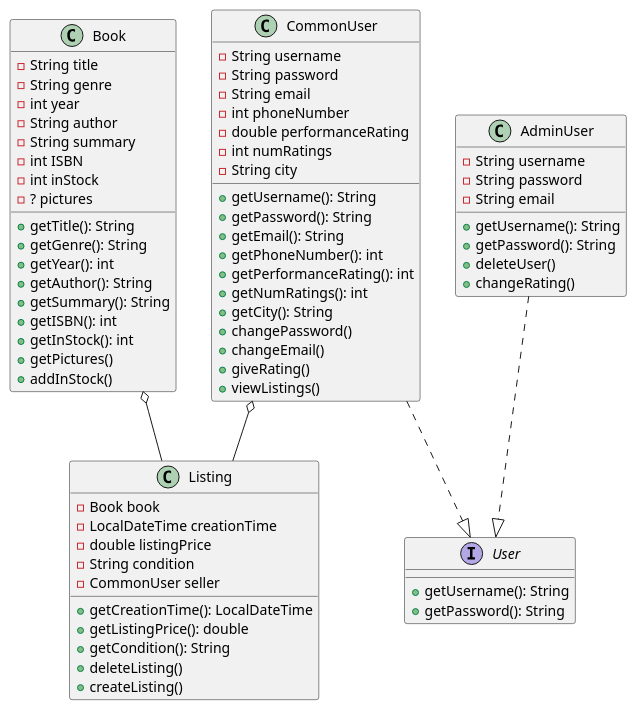
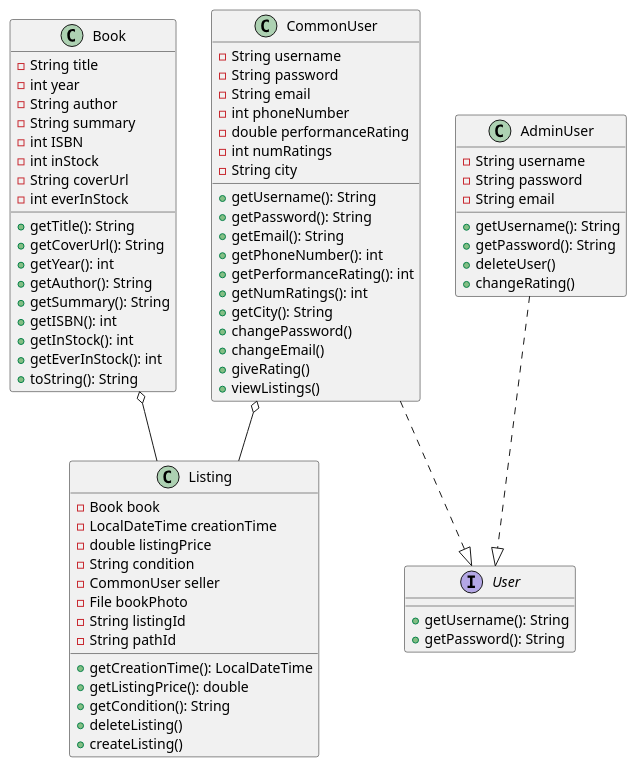
One commit to Nourdles/CSC207-project changed the diagram in src/UML Class Diagram.puml. Above: the diagram before and after it, drawn with PlantUML. The commit also changed 5 other files, not shown here.

Commit message:
Re-merging existing profile view. Also updated the UML diagram somewhat.

```diff
--- a/src/UML Class Diagram.puml
+++ b/src/UML Class Diagram.puml
@@ -1,85 +1,88 @@
 @startuml
 'https://plantuml.com/class-diagram
 
 
 class Listing {
 -Book book
 -LocalDateTime creationTime
 -double listingPrice
 -String condition
 -CommonUser seller
+-File bookPhoto
+-String listingId
+-String pathId
 
 +getCreationTime(): LocalDateTime
 +getListingPrice(): double
 +getCondition(): String
 +deleteListing()
 +createListing()
 }
 
 class AdminUser {
 -String username
 -String password
 -String email
 
 +getUsername(): String
 +getPassword(): String
 +deleteUser()
 +changeRating()
 }
 
 class CommonUser {
 -String username
 -String password
 -String email
 -int phoneNumber
 -double performanceRating
 -int numRatings
 -String city
 
 +getUsername(): String
 +getPassword(): String
 +getEmail(): String
 +getPhoneNumber(): int
 +getPerformanceRating(): int
 +getNumRatings(): int
 +getCity(): String
 +changePassword()
 +changeEmail()
 +giveRating()
 +viewListings()
 
 }
 
 class Book {
 -String title
--String genre
 -int year
 -String author
 -String summary
 -int ISBN
 -int inStock
--? pictures
+-String coverUrl
+-int everInStock
 
 +getTitle(): String
-+getGenre(): String
++getCoverUrl(): String
 +getYear(): int
 +getAuthor(): String
 +getSummary(): String
 +getISBN(): int
 +getInStock(): int
-+getPictures()
-+addInStock()
++getEverInStock(): int
++toString(): String
 }
 
 interface User {
 +getUsername(): String
 +getPassword(): String
 }
 
 CommonUser ..|> User
 AdminUser ..|> User
 Book o-- Listing
 CommonUser o-- Listing
 
 
 @enduml
```
